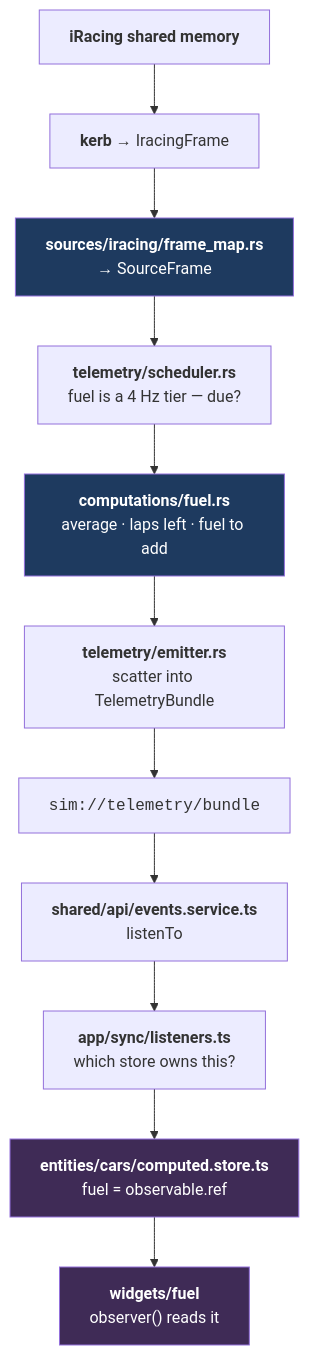
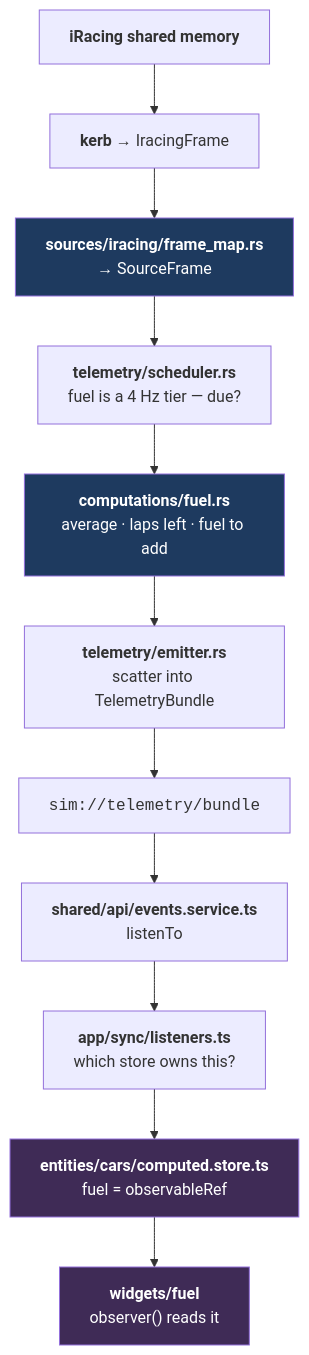
Before and after one commit to mvoof/Marble-Trace: diagram 19 of 22 in docs/architecture.md, drawn with Mermaid. The commit also changed other lines of this file and 44 other files, not shown here.

````diff
--- a/docs/architecture.md
+++ b/docs/architecture.md
@@ -1697,21 +1697,21 @@
 ```mermaid
 flowchart TB
     S["<b>iRacing shared memory</b>"]
     K["<b>kerb</b> → IracingFrame"]
     SRC["<b>sources/iracing/frame_map.rs</b><br/>→ SourceFrame"]
     SCH["<b>telemetry/scheduler.rs</b><br/>fuel is a 4 Hz tier — due?"]
     COMP["<b>computations/fuel.rs</b><br/>average · laps left · fuel to add"]
     EM["<b>telemetry/emitter.rs</b><br/>scatter into TelemetryBundle"]
     EV["<code>sim://telemetry/bundle</code>"]
     SVC["<b>shared/api/events.service.ts</b><br/>listenTo"]
     SYNC["<b>app/sync/listeners.ts</b><br/>which store owns this?"]
-    DATA["<b>entities/cars/computed.store.ts</b><br/>fuel = observable.ref"]
+    DATA["<b>entities/cars/computed.store.ts</b><br/>fuel = observableRef"]
     UI["<b>widgets/fuel</b><br/>observer() reads it"]
 
     S --> K --> SRC --> SCH --> COMP --> EM --> EV --> SVC --> SYNC --> DATA --> UI
 
     style SRC fill:#1e3a5f,color:#fff
     style COMP fill:#1e3a5f,color:#fff
     style DATA fill:#3f2b56,color:#fff
     style UI fill:#3f2b56,color:#fff
 ```
````
